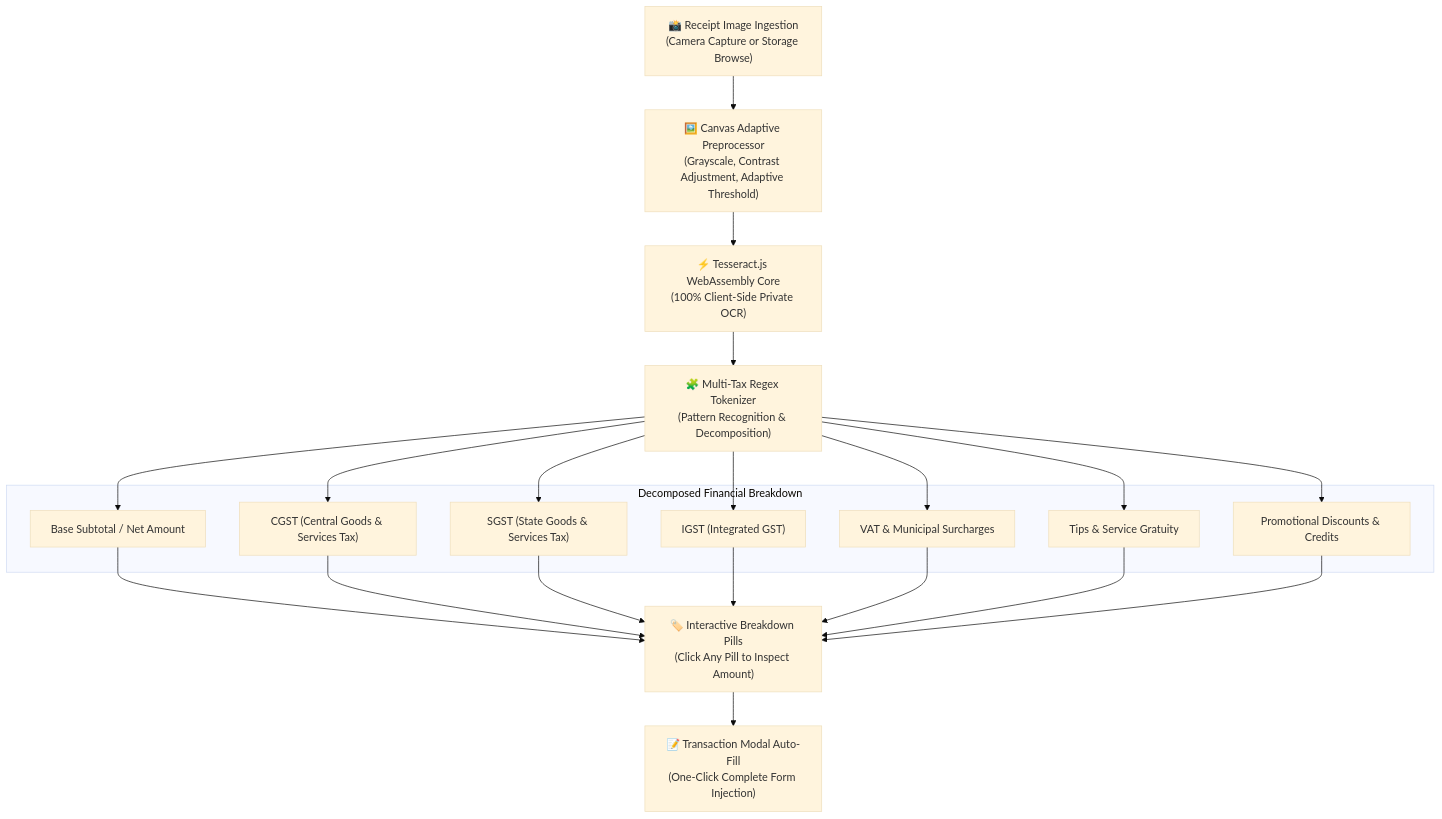
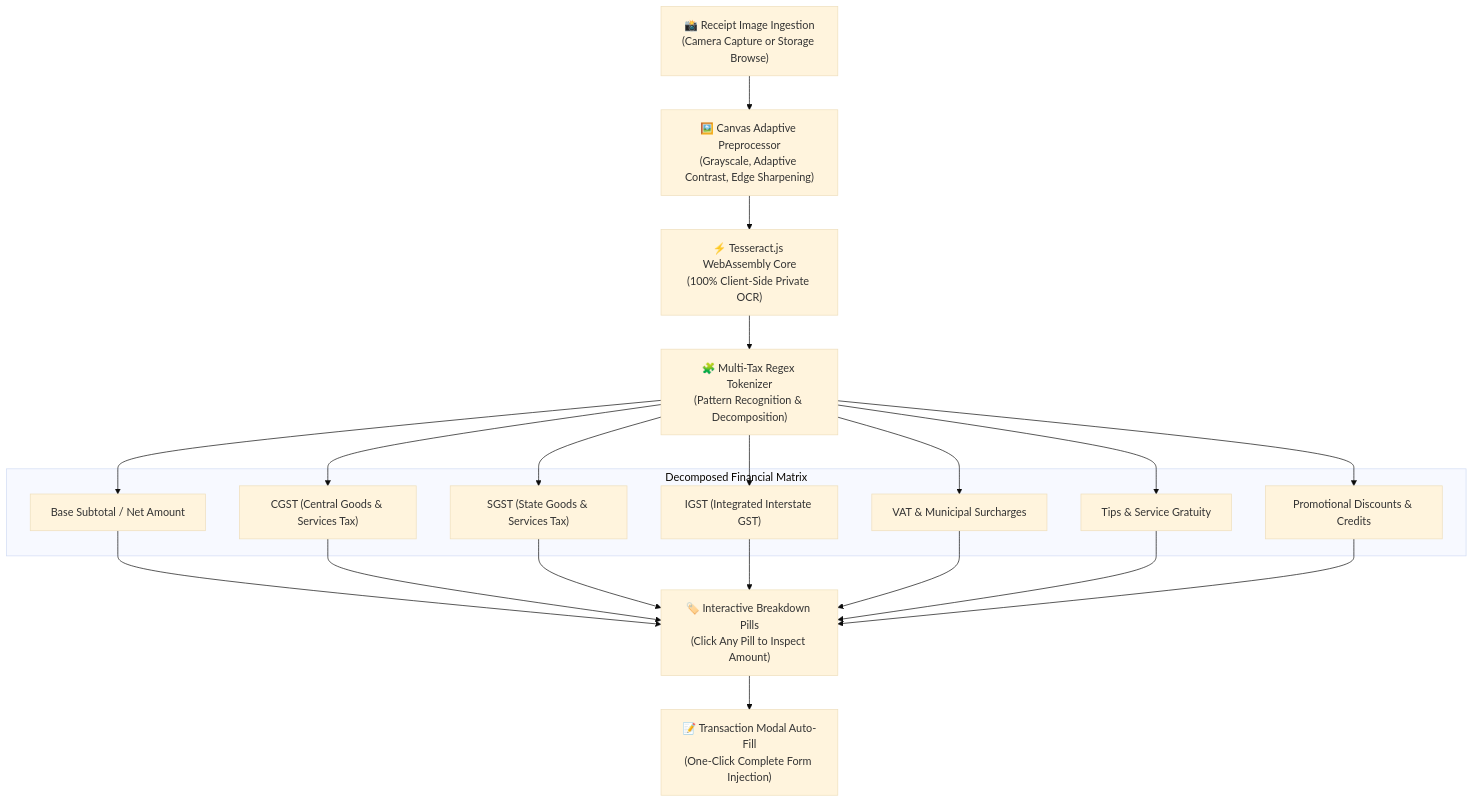
The sixth of 6 diagrams in README.md (Yoge-2004/expense-tracker), drawn with Mermaid (base theme) before and after one commit. The commit also changed other lines of this file, not shown here.

Commit message:
docs: overhaul README with modern design, architectural ERD, state machines, and complete feature deep dives

````diff
--- a/README.md
+++ b/README.md
@@ -259,24 +455,24 @@
 ```mermaid
 flowchart TD
     Scan["📸 Receipt Image Ingestion<br/>(Camera Capture or Storage Browse)"]
-    Canvas["🖼️ Canvas Adaptive Preprocessor<br/>(Grayscale, Contrast Adjustment, Adaptive Threshold)"]
+    Canvas["🖼️ Canvas Adaptive Preprocessor<br/>(Grayscale, Adaptive Contrast, Edge Sharpening)"]
     WASM["⚡ Tesseract.js WebAssembly Core<br/>(100% Client-Side Private OCR)"]
     Parser["🧩 Multi-Tax Regex Tokenizer<br/>(Pattern Recognition & Decomposition)"]
 
-    subgraph TaxBreakdown ["Decomposed Financial Breakdown"]
+    subgraph TaxBreakdown ["Decomposed Financial Matrix"]
         Base["Base Subtotal / Net Amount"]
         CGST["CGST (Central Goods & Services Tax)"]
         SGST["SGST (State Goods & Services Tax)"]
-        IGST["IGST (Integrated GST)"]
+        IGST["IGST (Integrated Interstate GST)"]
         VAT["VAT & Municipal Surcharges"]
         Tips["Tips & Service Gratuity"]
         Disc["Promotional Discounts & Credits"]
     end
 
     Pills["🏷️ Interactive Breakdown Pills<br/>(Click Any Pill to Inspect Amount)"]
     Modal["📝 Transaction Modal Auto-Fill<br/>(One-Click Complete Form Injection)"]
 
     Scan --> Canvas --> WASM --> Parser
     Parser --> Base & CGST & SGST & IGST & VAT & Tips & Disc
     Base & CGST & SGST & IGST & VAT & Tips & Disc --> Pills --> Modal
 ```
````
